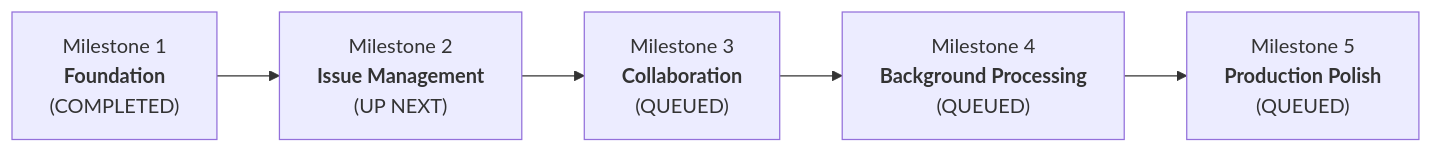
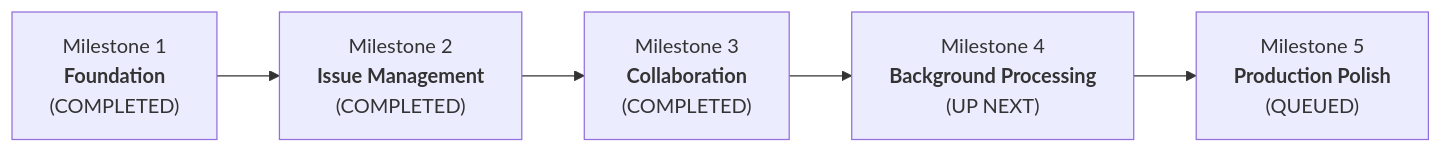
The diagram in PROJECT_PROGRESS.md (PrithviRajVerma/DevTrack), drawn with Mermaid before and after one commit. The commit also changed other lines of this file, not shown here.

Commit message:
docs(progress): mark Milestone 3 as completed with 38 verified tests

````diff
--- a/PROJECT_PROGRESS.md
+++ b/PROJECT_PROGRESS.md
@@ -14,7 +14,7 @@
 ```mermaid
 flowchart LR
-    M1["Milestone 1<br/><b>Foundation</b><br/>(COMPLETED)"] --> M2["Milestone 2<br/><b>Issue Management</b><br/>(UP NEXT)"]
-    M2 --> M3["Milestone 3<br/><b>Collaboration</b><br/>(QUEUED)"]
-    M3 --> M4["Milestone 4<br/><b>Background Processing</b><br/>(QUEUED)"]
+    M1["Milestone 1<br/><b>Foundation</b><br/>(COMPLETED)"] --> M2["Milestone 2<br/><b>Issue Management</b><br/>(COMPLETED)"]
+    M2 --> M3["Milestone 3<br/><b>Collaboration</b><br/>(COMPLETED)"]
+    M3 --> M4["Milestone 4<br/><b>Background Processing</b><br/>(UP NEXT)"]
     M4 --> M5["Milestone 5<br/><b>Production Polish</b><br/>(QUEUED)"]
 ```
````
